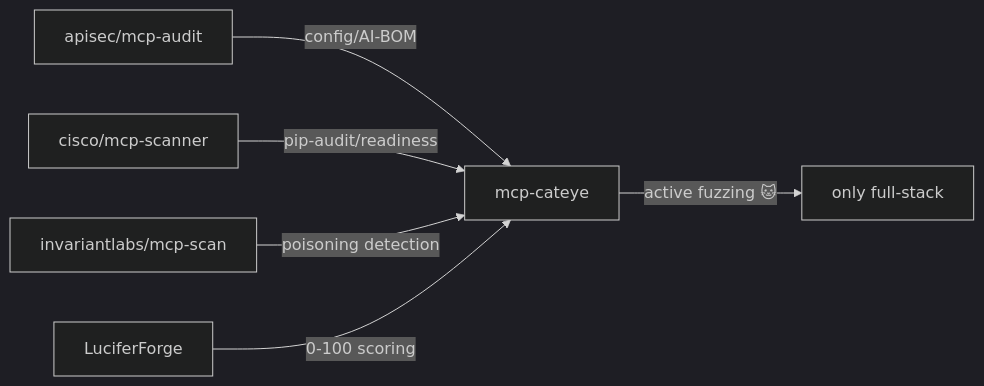
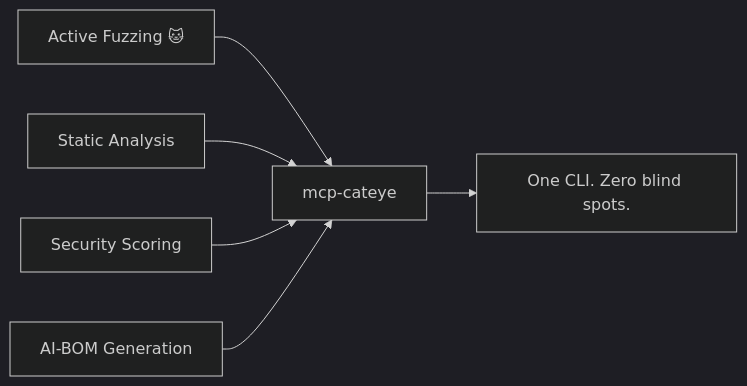
Before and after one commit to test008008008008-glitch/mcp-cateye: the diagram in README.md, drawn with Mermaid (dark theme). The commit also changed other lines of this file and 2 other files, not shown here.

````diff
--- a/README.md
+++ b/README.md
@@ -120,8 +30,8 @@
 ```mermaid
 graph LR
-    A[apisec/mcp-audit] -->|config/AI-BOM| E[mcp-cateye]
-    B[cisco/mcp-scanner] -->|pip-audit/readiness| E
-    C[invariantlabs/mcp-scan] -->|poisoning detection| E
-    D[LuciferForge] -->|0-100 scoring| E
-    E -->|active fuzzing 🐱| F[only full-stack]
+    A[Active Fuzzing 🐱] --> E[mcp-cateye]
+    B[Static Analysis] --> E
+    C[Security Scoring] --> E
+    D[AI-BOM Generation] --> E
+    E --> F[One CLI. Zero blind spots.]
 ```
````
